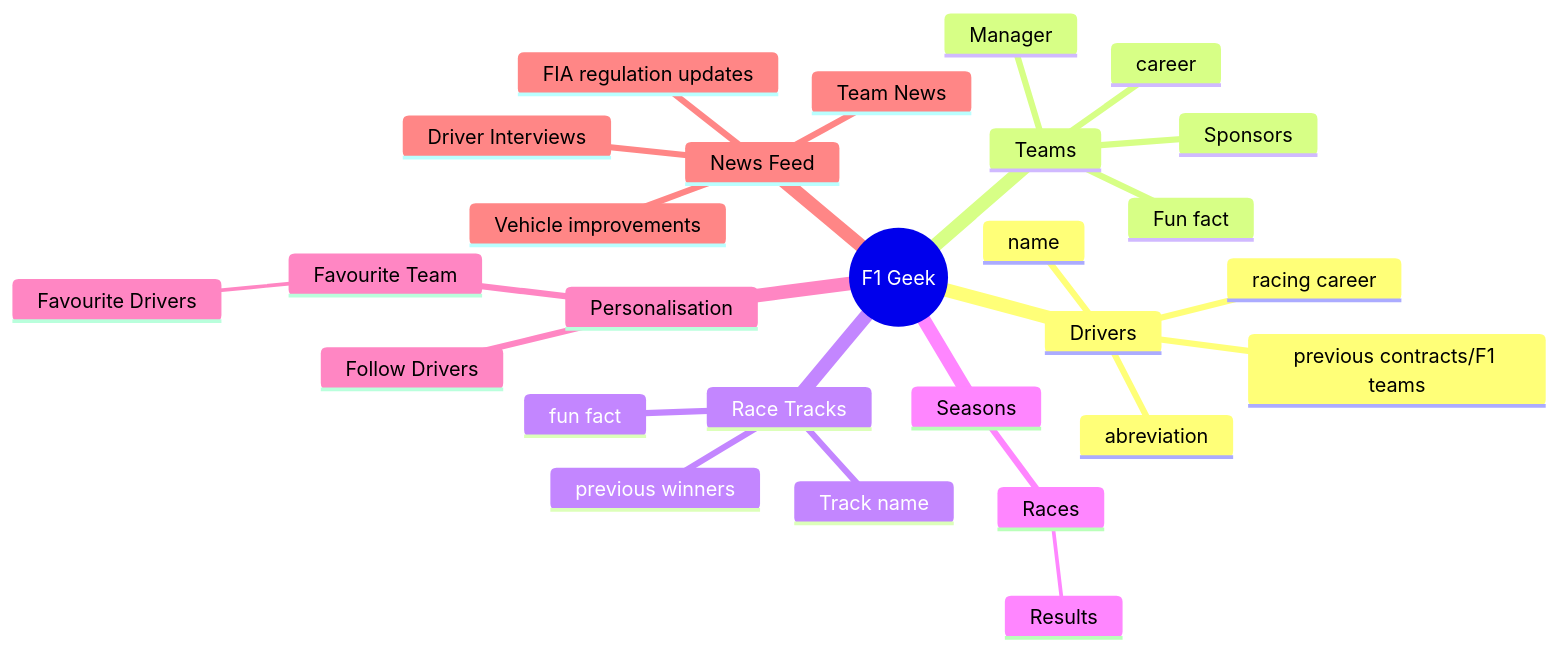
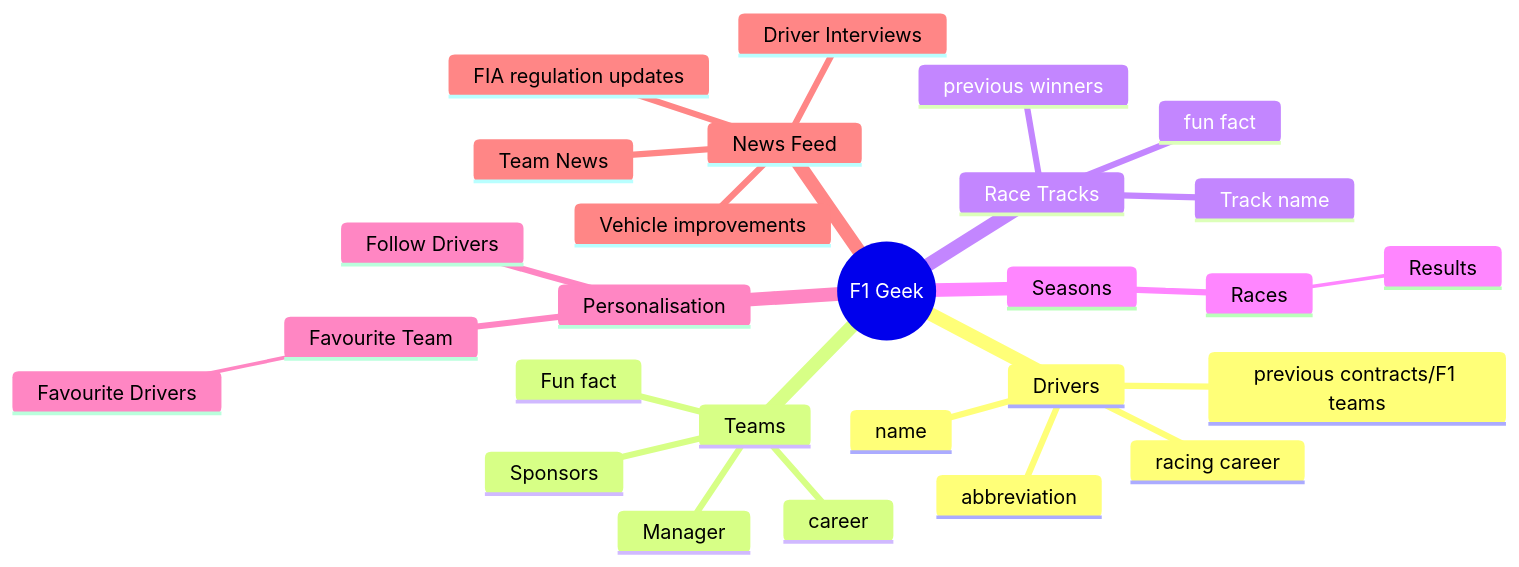
One commit to ShaneWhitmore/F1-Geek changed the first of 2 diagrams in README.md. Above: the diagram before and after it, drawn with Mermaid. The commit also changed other lines of this file, not shown here.

````diff
--- a/README.md
+++ b/README.md
@@ -41,32 +31,32 @@
 ```mermaid
 mindmap
   root((F1 Geek))
     Drivers
         name
-        abreviation
+        abbreviation
         previous contracts/F1 teams
         racing career
     Teams
         Manager
         Sponsors
         career
         Fun fact
 
     Race Tracks
         Track name
         previous winners
         fun fact
 
     Seasons
         Races
             Results
     Personalisation
         Follow Drivers
         Favourite Team
             Favourite Drivers
     News Feed
         Driver Interviews
         Team News
         Vehicle improvements
         FIA regulation updates
 ```
````
